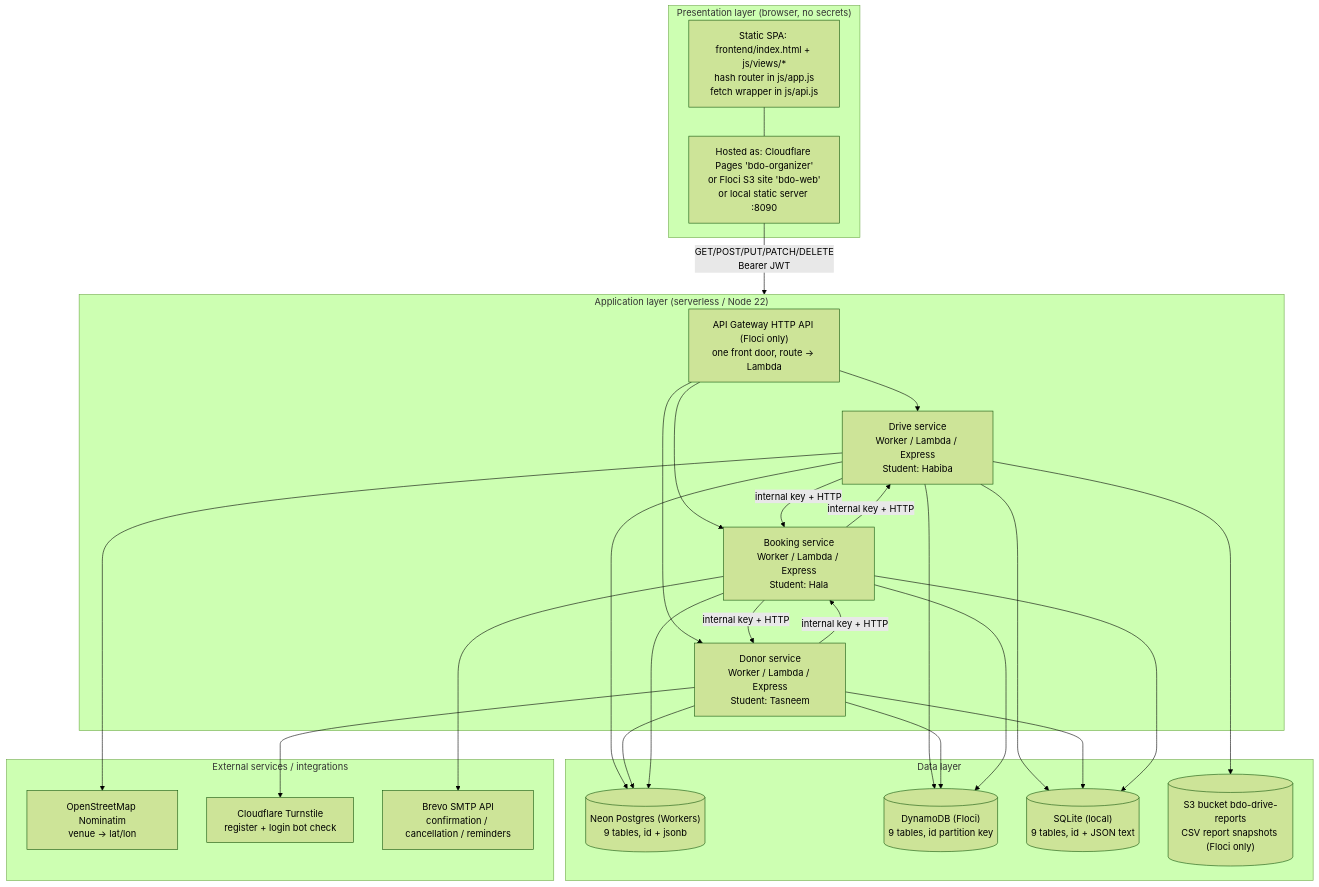
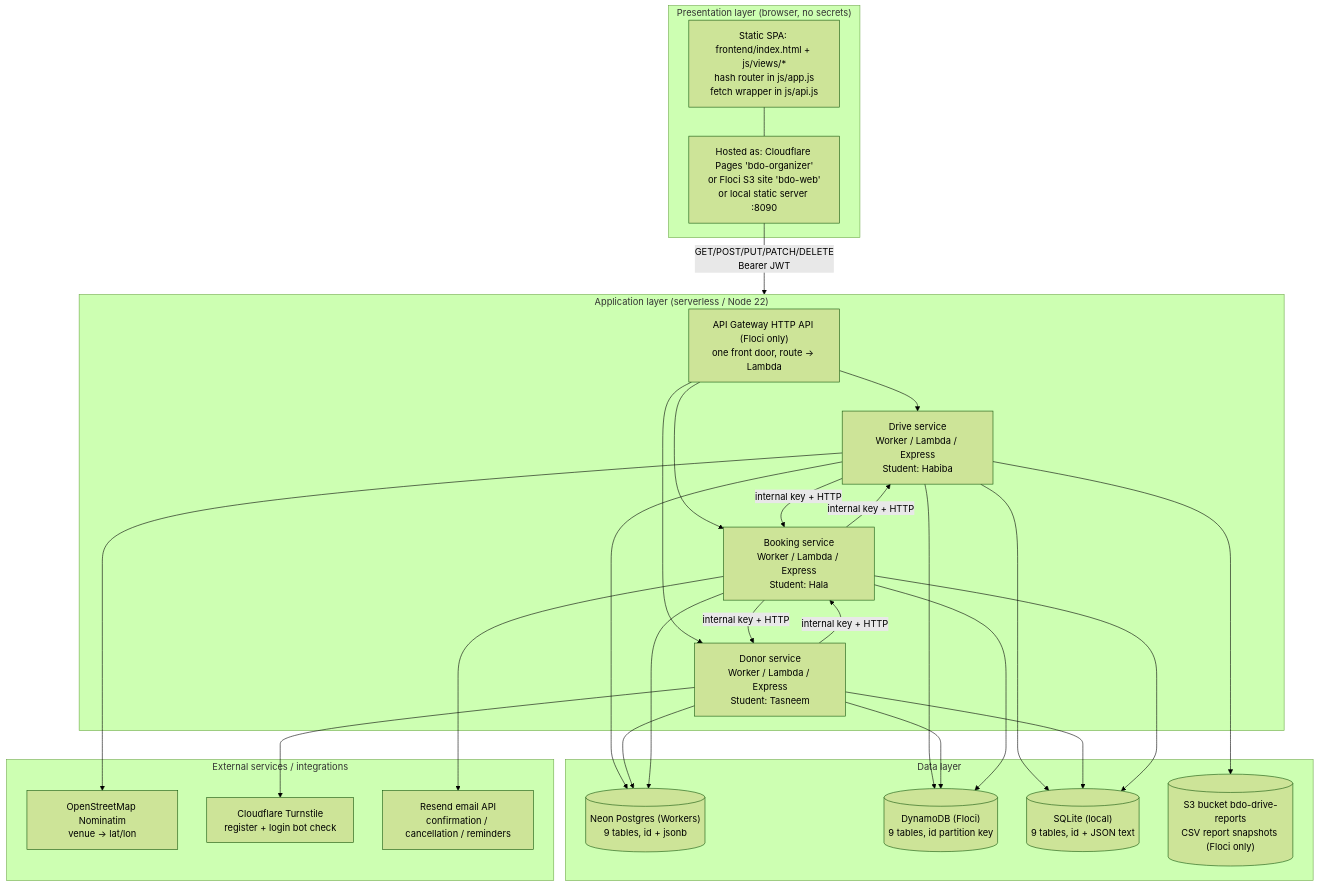
One commit to TasneemHazem10/blood_donation-cloud- changed the first of 2 diagrams in docs/architecture.md. Above: the diagram before and after it, drawn with Mermaid (forest theme). The commit also changed other lines of this file and 26 other files, not shown here.

Commit message:
Enable Resend live email and Worker service bindings on public deployment

````diff
--- a/docs/architecture.md
+++ b/docs/architecture.md
@@ -19,50 +19,50 @@
 ```mermaid
 flowchart TB
   subgraph P["Presentation layer (browser, no secrets)"]
     UI["Static SPA: frontend/index.html + js/views/*<br/>hash router in js/app.js<br/>fetch wrapper in js/api.js"]
     SPA["Hosted as: Cloudflare Pages 'bdo-organizer'<br/>or Floci S3 site 'bdo-web'<br/>or local static server :8090"]
     UI --- SPA
   end
 
   subgraph A["Application layer (serverless / Node 22)"]
     GW["API Gateway HTTP API (Floci only)<br/>one front door, route -> Lambda"]
     DRV["Drive service<br/>Worker / Lambda / Express<br/>Student: Habiba"]
     DON["Donor service<br/>Worker / Lambda / Express<br/>Student: Tasneem"]
     BOK["Booking service<br/>Worker / Lambda / Express<br/>Student: Hala"]
     GW --> DRV
     GW --> DON
     GW --> BOK
   end
 
   subgraph D["Data layer"]
     NEON[("Neon Postgres (Workers)<br/>9 tables, id + jsonb")]
     DDB[("DynamoDB (Floci)<br/>9 tables, id partition key")]
     SQLITE[("SQLite (local)<br/>9 tables, id + JSON text")]
     S3R[("S3 bucket bdo-drive-reports<br/>CSV report snapshots (Floci only)")]
   end
 
   subgraph E["External services / integrations"]
     GEO["OpenStreetMap Nominatim<br/>venue -> lat/lon"]
     TURN["Cloudflare Turnstile<br/>register + login bot check"]
-    BREVO["Brevo SMTP API<br/>confirmation / cancellation / reminders"]
+    RESEND["Resend email API<br/>confirmation / cancellation / reminders"]
   end
 
   SPA -->|"GET/POST/PUT/PATCH/DELETE<br/>Bearer JWT"| A
   BOK -->|"internal key + HTTP"| DRV
   BOK -->|"internal key + HTTP"| DON
   DRV -->|"internal key + HTTP"| BOK
   DON -->|"internal key + HTTP"| BOK
   DRV --> GEO
   DRV --> S3R
   DON --> TURN
-  BOK --> BREVO
+  BOK --> RESEND
   DRV --> NEON
   DON --> NEON
   BOK --> NEON
   DRV --> DDB
   DON --> DDB
   BOK --> DDB
   DRV --> SQLITE
   DON --> SQLITE
   BOK --> SQLITE
 ```
````
